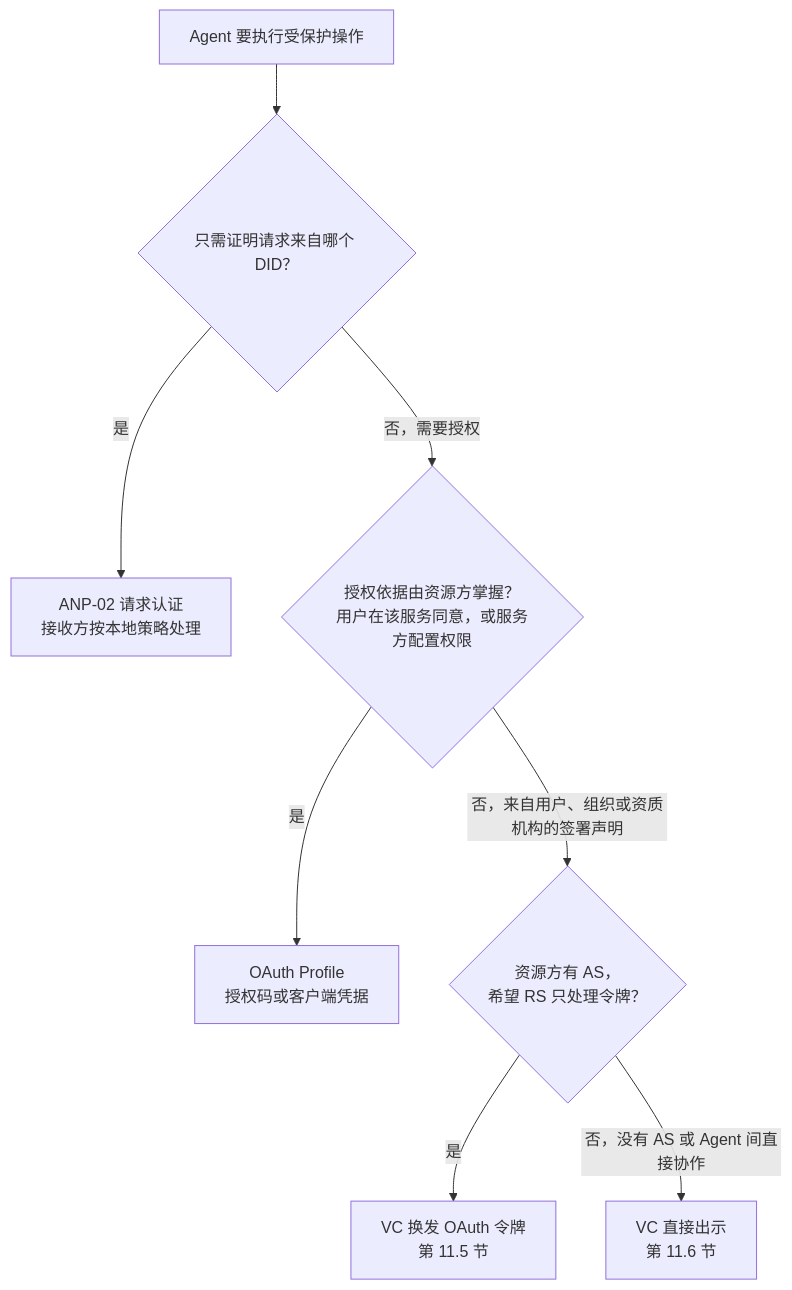
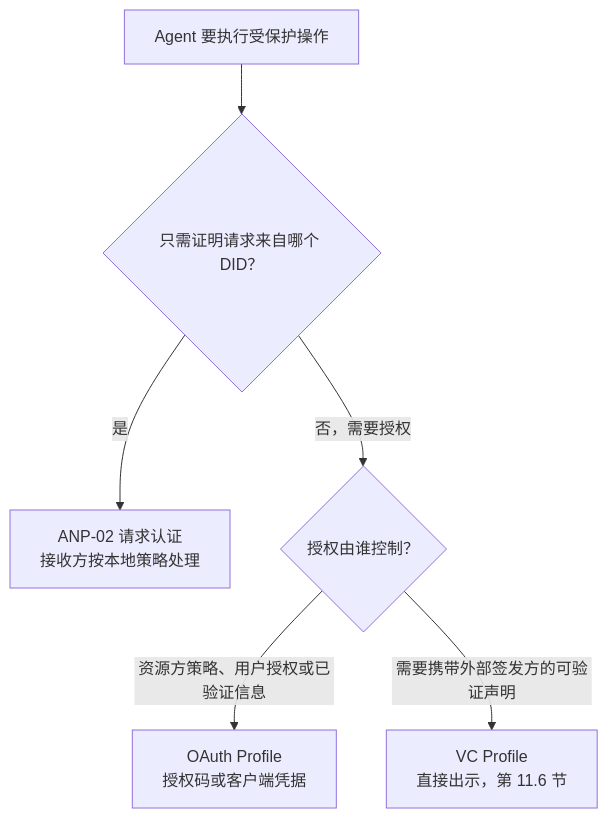
The first of 4 diagrams in vnext/chinese/05-ANP-基于DID的授权协议.md (agent-network-protocol/AgentNetworkProtocol), drawn with Mermaid before and after one commit. The commit also changed other lines of this file and 8 other files, not shown here.

````diff
--- a/vnext/chinese/05-ANP-基于DID的授权协议.md
+++ b/vnext/chinese/05-ANP-基于DID的授权协议.md
@@ -128,10 +130,8 @@
 ```mermaid
 flowchart TD
   Start["Agent 要执行受保护操作"] --> Q1{"只需证明请求来自哪个 DID？"}
   Q1 -->|"是"| P02["ANP-02 请求认证<br/>接收方按本地策略处理"]
-  Q1 -->|"否，需要授权"| Q2{"授权依据由资源方掌握？<br/>用户在该服务同意，或服务方配置权限"}
-  Q2 -->|"是"| OA["OAuth Profile<br/>授权码或客户端凭据"]
-  Q2 -->|"否，来自用户、组织或资质机构的签署声明"| Q3{"资源方有 AS，<br/>希望 RS 只处理令牌？"}
-  Q3 -->|"是"| EX["VC 换发 OAuth 令牌<br/>第 11.5 节"]
-  Q3 -->|"否，没有 AS 或 Agent 间直接协作"| DP["VC 直接出示<br/>第 11.6 节"]
+  Q1 -->|"否，需要授权"| Q2{"授权由谁控制？"}
+  Q2 -->|"资源方策略、用户授权或已验证信息"| OA["OAuth Profile<br/>授权码或客户端凭据"]
+  Q2 -->|"需要携带外部签发方的可验证声明"| DP["VC Profile<br/>直接出示，第 11.6 节"]
 ```
````
